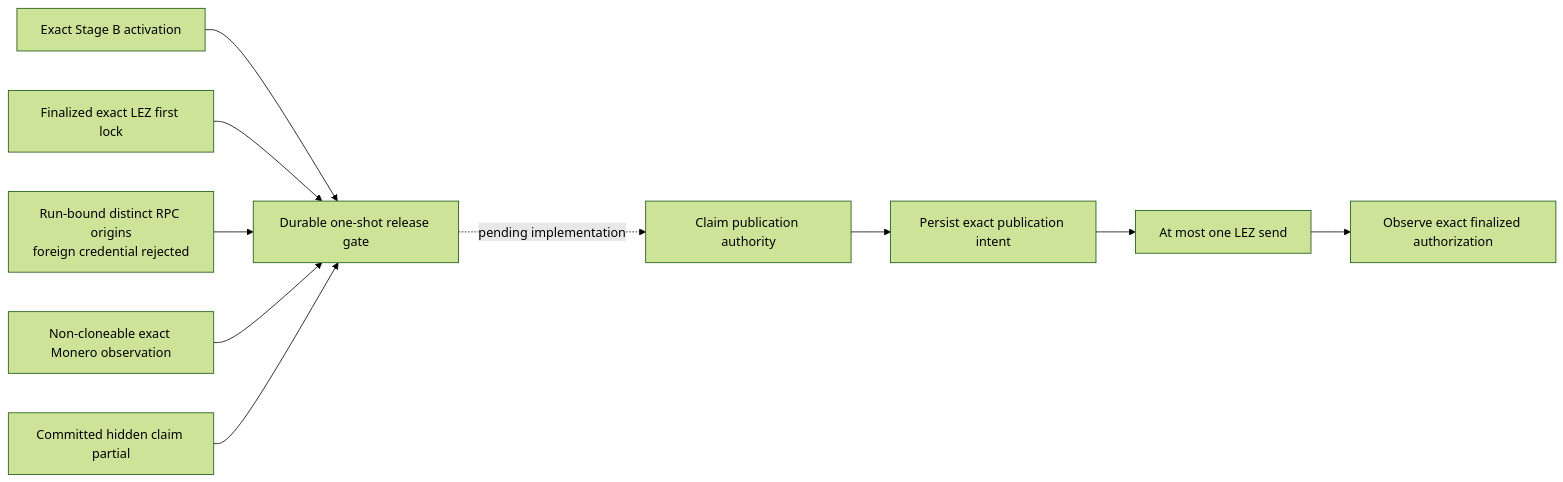
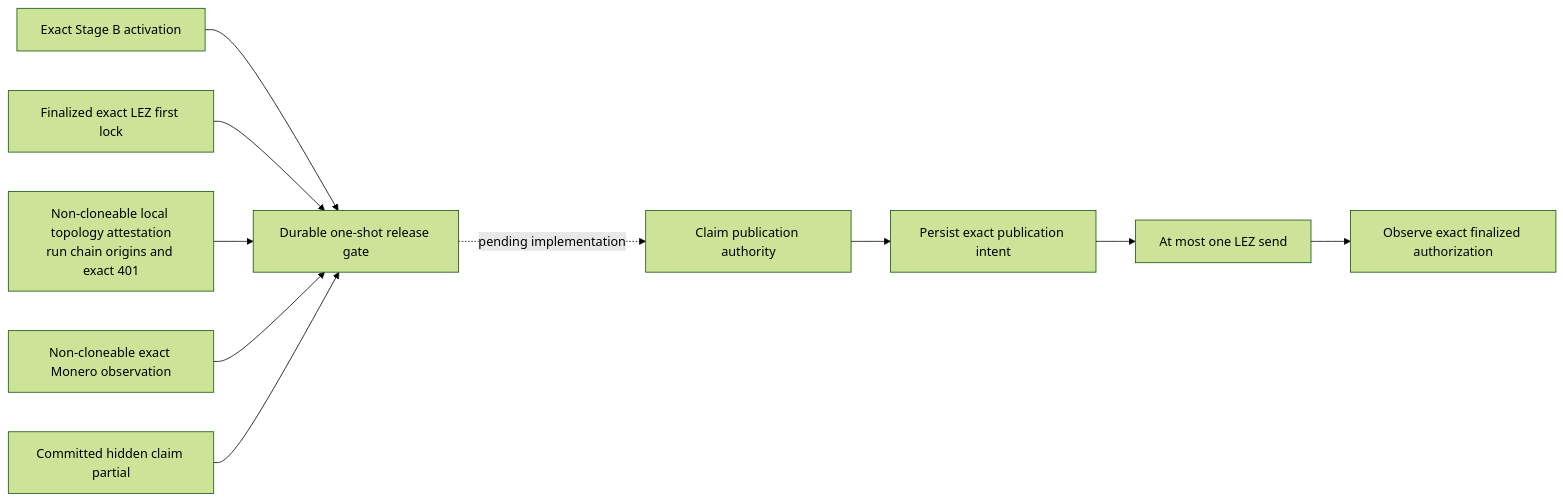
Before and after one commit to gateway-fm/lez-atomic-swaps: the first of 2 diagrams in docs/architecture/0059-separate-monero-observation-from-release-authority.md, drawn with Mermaid (forest theme). The commit also changed other lines of this file and 21 other files, not shown here.

````diff
--- a/docs/architecture/0059-separate-monero-observation-from-release-authority.md
+++ b/docs/architecture/0059-separate-monero-observation-from-release-authority.md
@@ -67,12 +88,12 @@
 ```mermaid
 flowchart LR
     StageB["Exact Stage B activation"] --> Gate["Durable one-shot release gate"]
     LezLock["Finalized exact LEZ first lock"] --> Gate
-    Topology["Run-bound distinct RPC origins<br/>foreign credential rejected"] --> Gate
+    Topology["Non-cloneable local topology attestation<br/>run chain origins and exact 401"] --> Gate
     Observation["Non-cloneable exact Monero observation"] --> Gate
     Hidden["Committed hidden claim partial"] --> Gate
     Gate -.->|"pending implementation"| Authority["Claim publication authority"]
     Authority --> Intent["Persist exact publication intent"]
     Intent --> Send["At most one LEZ send"]
     Send --> Finalized["Observe exact finalized authorization"]
 ```
````
